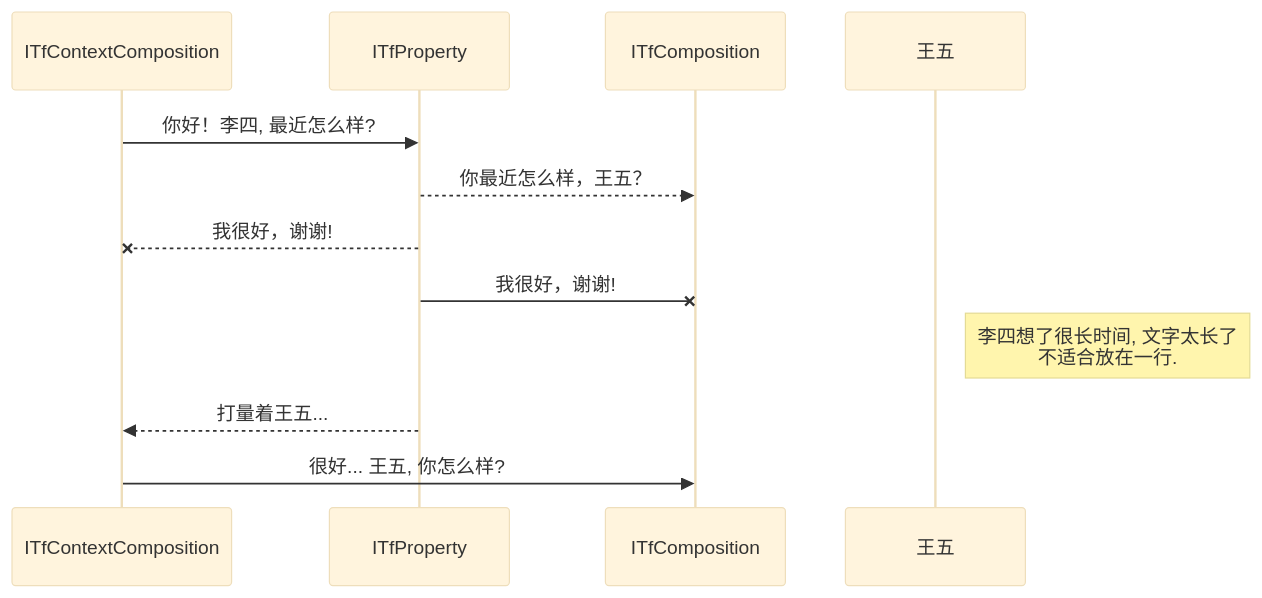
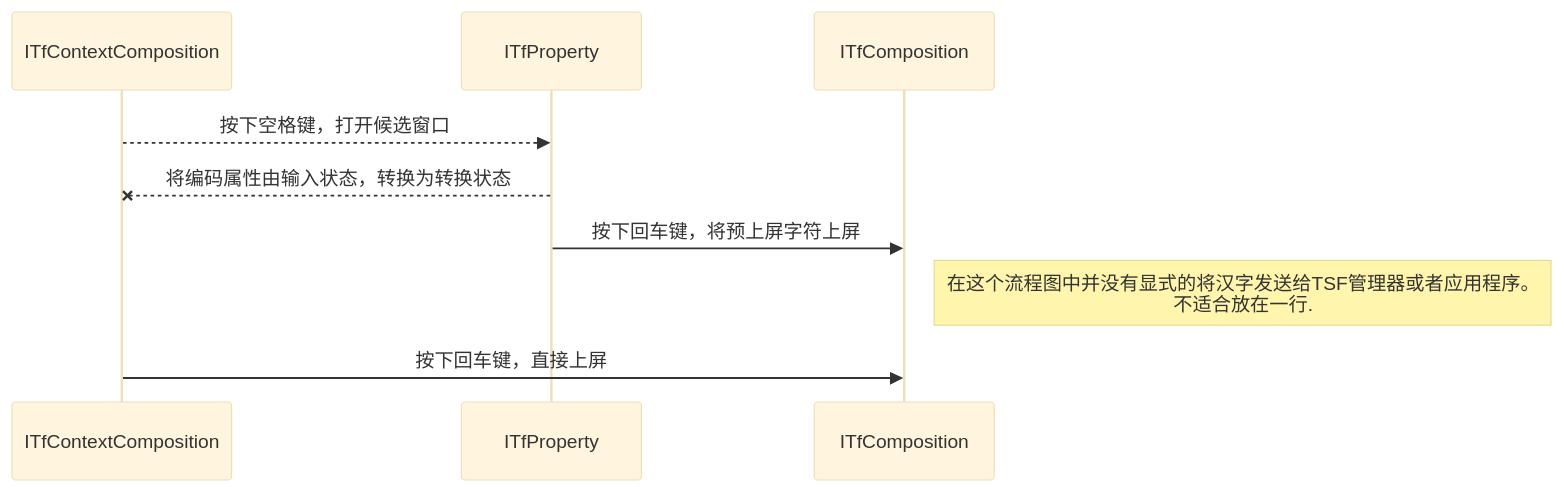
Before and after one commit to ChineseInputMethod/mumble: the second of 4 diagrams in 2023/5/1.md, drawn with Mermaid (base theme). The commit also changed other lines of this file, not shown here.

Commit message:
接口时间关系

````diff
--- a/2023/5/1.md
+++ b/2023/5/1.md
@@ -100,11 +100,12 @@
 ```mermaid
 sequenceDiagram
-ITfContextComposition ->> ITfProperty: 你好！李四, 最近怎么样?
-ITfProperty-->>ITfComposition: 你最近怎么样，王五？
-ITfProperty--x ITfContextComposition: 我很好，谢谢!
-ITfProperty-x ITfComposition: 我很好，谢谢!
-Note right of 王五: 李四想了很长时间, 文字太长了<br/>不适合放在一行.
+ITfContextComposition -->> ITfProperty: 按下空格键，打开候选窗口
+ITfProperty--x ITfContextComposition: 将编码属性由输入状态，转换为转换状态
+ITfProperty->>ITfComposition: 按下回车键，将预上屏字符上屏
 
-ITfProperty-->>ITfContextComposition: 打量着王五...
-ITfContextComposition->>ITfComposition: 很好... 王五, 你怎么样?
+
+Note right of ITfComposition: 在这个流程图中并没有显式的将汉字发送给TSF管理器或者应用程序。<br/>不适合放在一行.
+
+
+ITfContextComposition->>ITfComposition: 按下回车键，直接上屏
 ```
````
